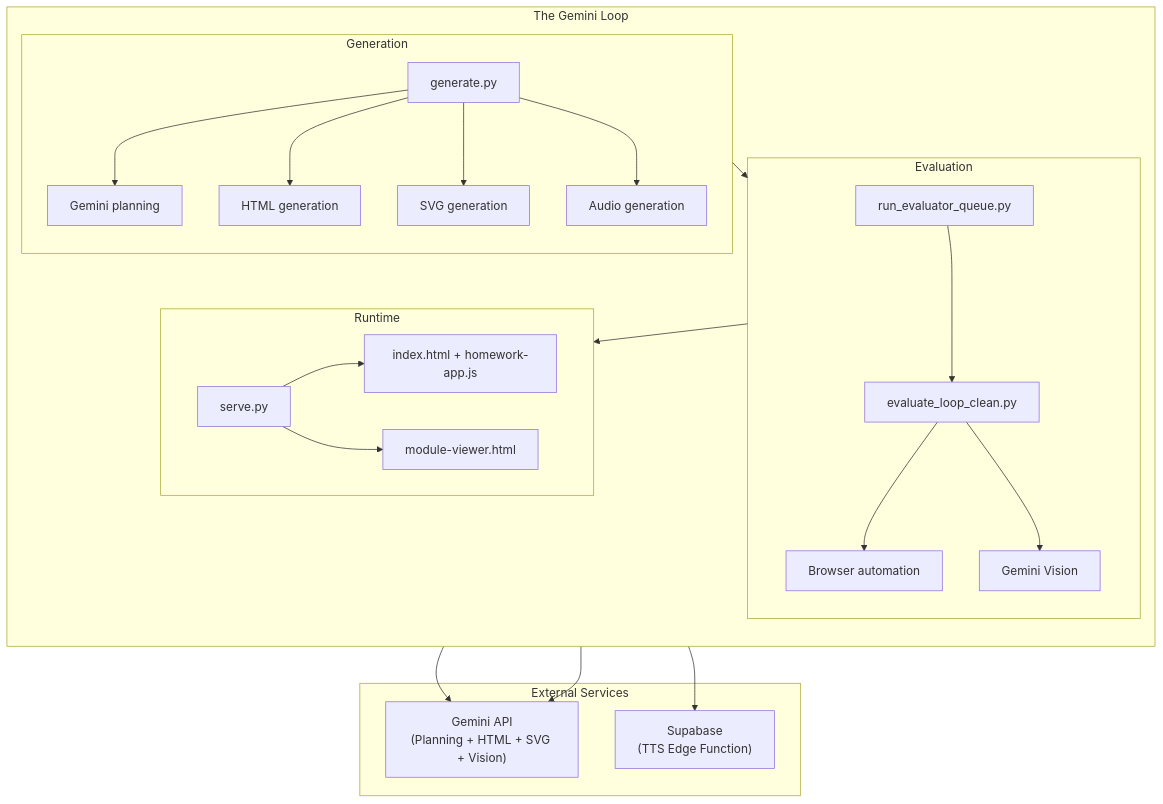
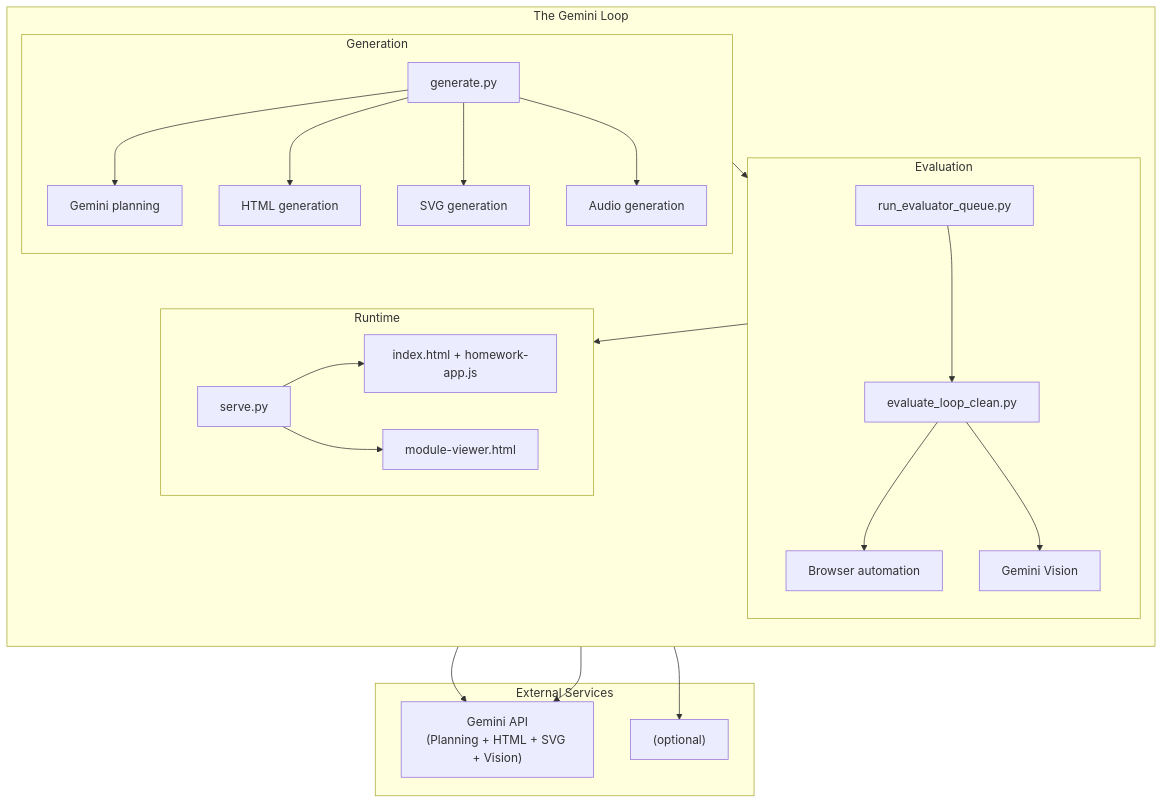
The fourth of 4 diagrams in README.md (Yknld/TheGeminiLoop), drawn with Mermaid before and after one commit. The commit also changed other lines of this file and 3 other files, not shown here.

````diff
--- a/README.md
+++ b/README.md
@@ -140,38 +140,38 @@
 ```mermaid
 flowchart TB
     subgraph EXTERNAL["External Services"]
         GEM["Gemini API\n(Planning + HTML + SVG + Vision)"]
-        SUP["Supabase\n(TTS Edge Function)"]
+        SUP["(optional)"]
     end
 
     subgraph CORE["The Gemini Loop"]
         direction TB
         subgraph GEN["Generation"]
             GP[generate.py]
             GP --> GM[Gemini planning]
             GP --> GH[HTML generation]
             GP --> GS[SVG generation]
             GP --> GA[Audio generation]
         end
         subgraph EVAL["Evaluation"]
             RQ[run_evaluator_queue.py]
             EL[evaluate_loop_clean.py]
             RQ --> EL
             EL --> BA[Browser automation]
             EL --> GV[Gemini Vision]
         end
         subgraph RUNTIME["Runtime"]
             SR[serve.py]
             IX[index.html + homework-app.js]
             MV[module-viewer.html]
             SR --> IX
             SR --> MV
         end
     end
 
     GEN --> EVAL
     EVAL --> RUNTIME
     GP --> GEM
     GP --> SUP
     EL --> GEM
 ```
````
